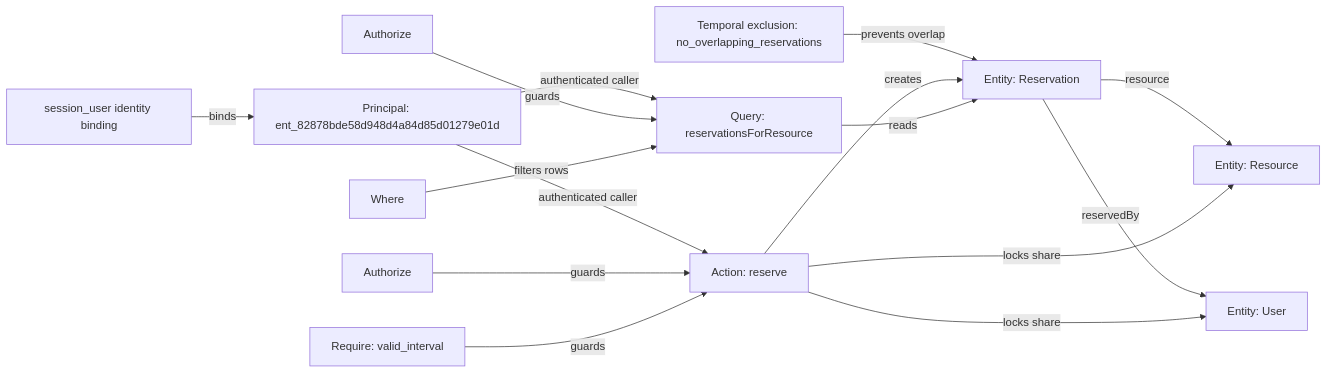
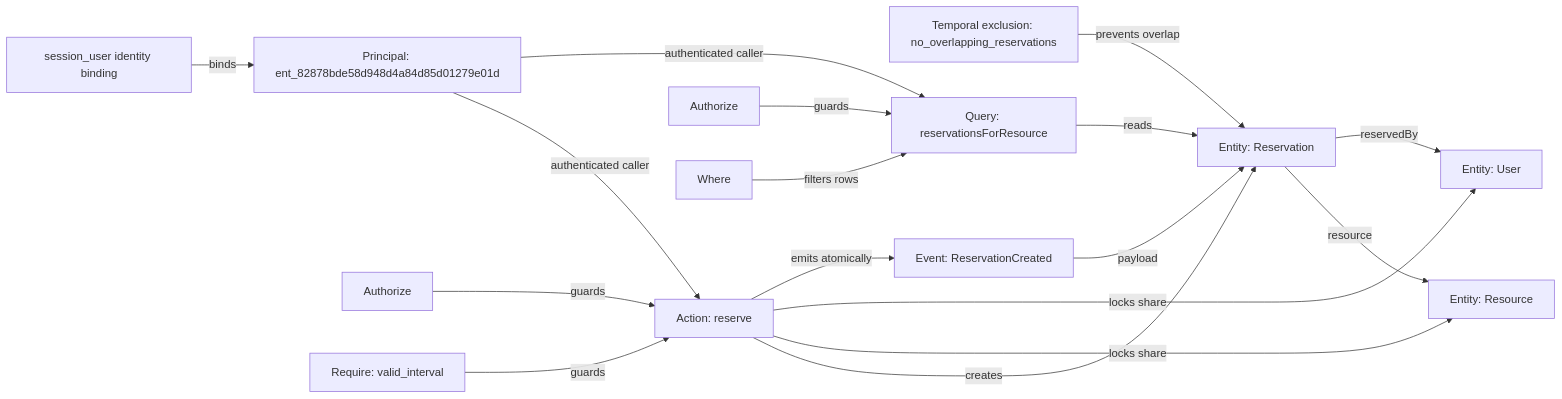
Before and after one commit to atlanticplatformgroup/ModelLang: the diagram in generated/reservations/model.mmd, drawn with Mermaid. The commit also changed 102 other files, not shown here.

```diff
--- a/generated/reservations/model.mmd
+++ b/generated/reservations/model.mmd
@@ -1,22 +1,25 @@
 flowchart LR
   identity["session_user identity binding"]
   principal["Principal: ent_82878bde58d948d4a84d85d01279e01d"]
   identity -->|binds| principal
   entity_ent_82878bde58d948d4a84d85d01279e01d["Entity: User"]
   entity_ent_7cb2307972954d83a6f344764faaae39["Entity: Resource"]
   entity_ent_ba2d028e915841d1ab90adfa40d38404["Entity: Reservation"]
   entity_ent_ba2d028e915841d1ab90adfa40d38404 -->|resource| entity_ent_7cb2307972954d83a6f344764faaae39
   entity_ent_ba2d028e915841d1ab90adfa40d38404 -->|reservedBy| entity_ent_82878bde58d948d4a84d85d01279e01d
   exclusion_exc_d55bab6e14884cd5a7d2bacfc30458ba["Temporal exclusion: no_overlapping_reservations"] -->|prevents overlap| entity_ent_ba2d028e915841d1ab90adfa40d38404
+  event_evt_40d694c9a0a274dc79c6168e47d25968["Event: ReservationCreated"]
+  event_evt_40d694c9a0a274dc79c6168e47d25968 -->|payload| entity_ent_ba2d028e915841d1ab90adfa40d38404
   action_act_508ad810a19d4b79a5009871de5cd26b["Action: reserve"]
   principal -->|authenticated caller| action_act_508ad810a19d4b79a5009871de5cd26b
   action_act_508ad810a19d4b79a5009871de5cd26b -->|creates| entity_ent_ba2d028e915841d1ab90adfa40d38404
   authorize_action_act_508ad810a19d4b79a5009871de5cd26b["Authorize"] -->|guards| action_act_508ad810a19d4b79a5009871de5cd26b
   require_action_act_508ad810a19d4b79a5009871de5cd26b_valid_interval["Require: valid_interval"] -->|guards| action_act_508ad810a19d4b79a5009871de5cd26b
   action_act_508ad810a19d4b79a5009871de5cd26b -->|locks share| entity_ent_7cb2307972954d83a6f344764faaae39
   action_act_508ad810a19d4b79a5009871de5cd26b -->|locks share| entity_ent_82878bde58d948d4a84d85d01279e01d
+  action_act_508ad810a19d4b79a5009871de5cd26b -->|emits atomically| event_evt_40d694c9a0a274dc79c6168e47d25968
   query_qry_94d8a56f4c2640fab58a4c2190c35c69["Query: reservationsForResource"]
   principal -->|authenticated caller| query_qry_94d8a56f4c2640fab58a4c2190c35c69
   query_qry_94d8a56f4c2640fab58a4c2190c35c69 -->|reads| entity_ent_ba2d028e915841d1ab90adfa40d38404
   authorize_query_qry_94d8a56f4c2640fab58a4c2190c35c69["Authorize"] -->|guards| query_qry_94d8a56f4c2640fab58a4c2190c35c69
   where_query_qry_94d8a56f4c2640fab58a4c2190c35c69["Where"] -->|filters rows| query_qry_94d8a56f4c2640fab58a4c2190c35c69
```
